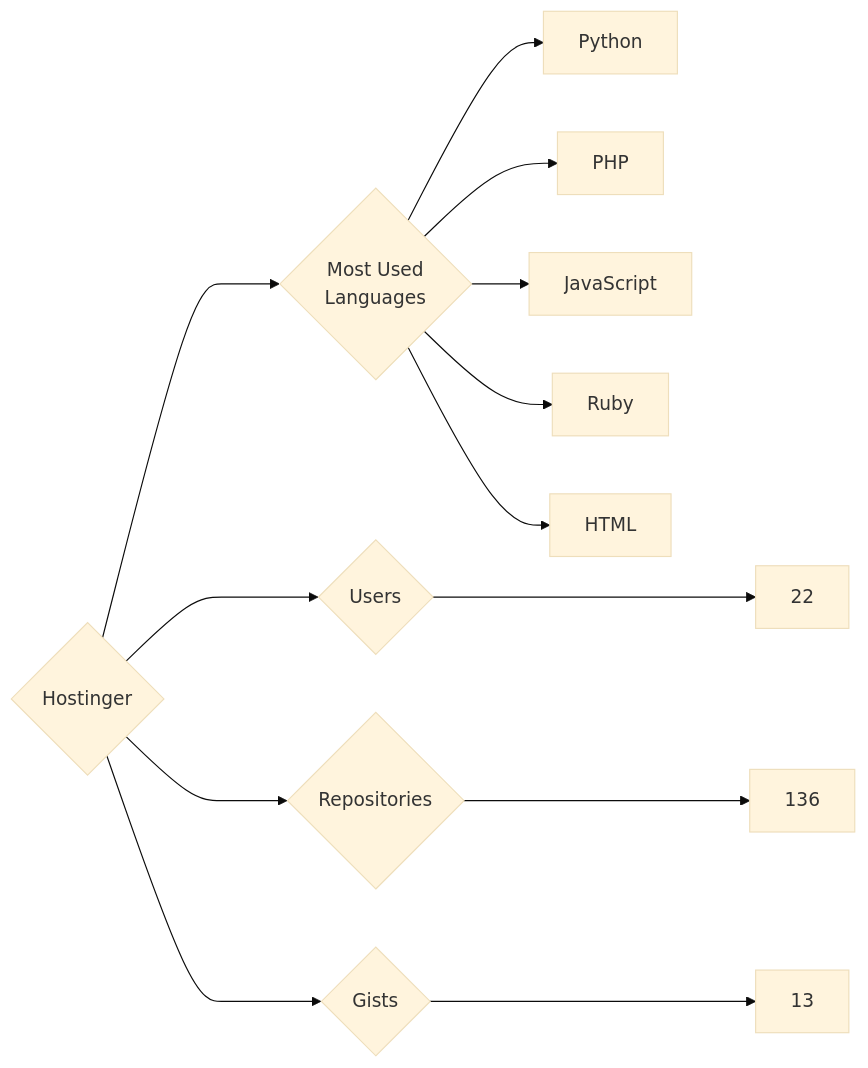
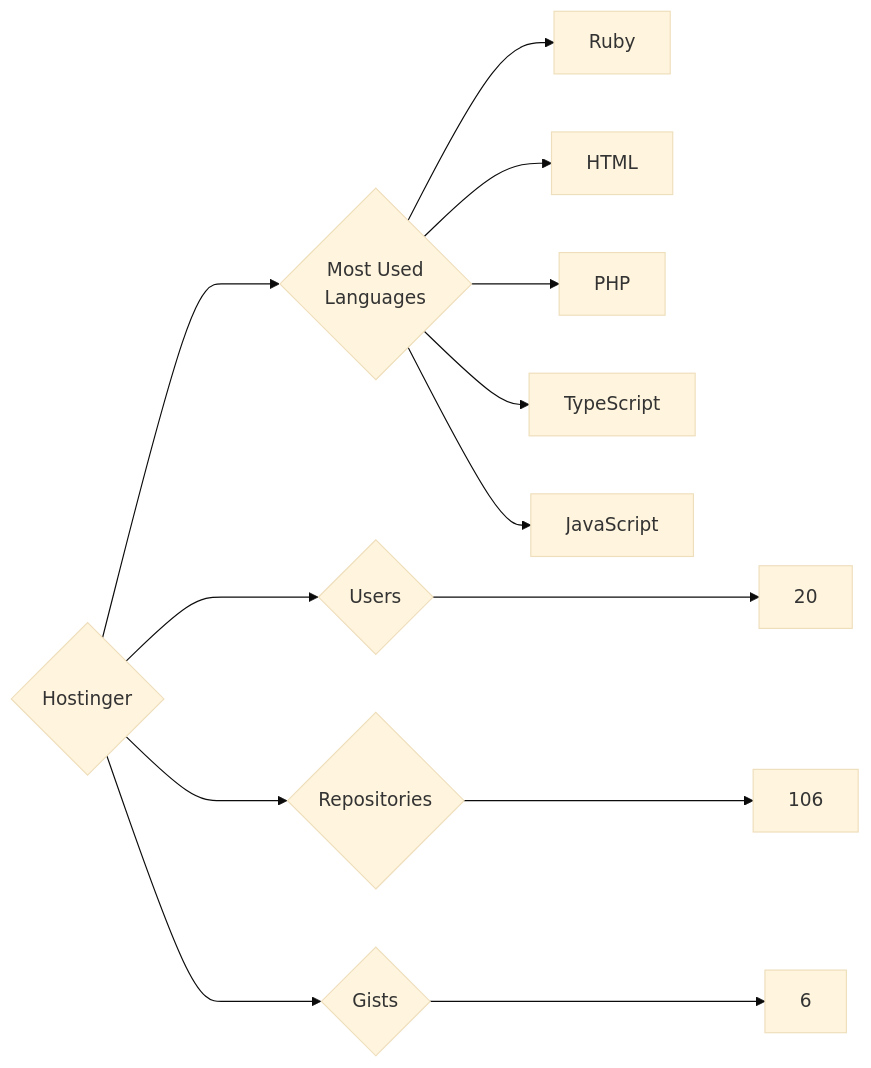
One commit to trickest/insiders changed the diagram in targets/Hostinger/README.md. Above: the diagram before and after it, drawn with Mermaid (base theme). The commit also changed 823 other files, not shown here.

````diff
--- a/targets/Hostinger/README.md
+++ b/targets/Hostinger/README.md
@@ -3,13 +3,13 @@
 ```mermaid
 graph LR
 COMPANY_NAME{Hostinger}
-COMPANY_NAME ---> U{Users} ---> UN[22]
-COMPANY_NAME ---> R{Repositories} ---> RN[136]
-COMPANY_NAME ---> G{Gists} ---> GN[13]
+COMPANY_NAME ---> U{Users} ---> UN[20]
+COMPANY_NAME ---> R{Repositories} ---> RN[106]
+COMPANY_NAME ---> G{Gists} ---> GN[6]
 COMPANY_NAME ---> ML{Most Used<br>Languages}
-ML --> Python[Python]
-ML --> PHP[PHP]
-ML --> JavaScript[JavaScript]
 ML --> Ruby[Ruby]
 ML --> HTML[HTML]
+ML --> PHP[PHP]
+ML --> TypeScript[TypeScript]
+ML --> JavaScript[JavaScript]
 ```
````
